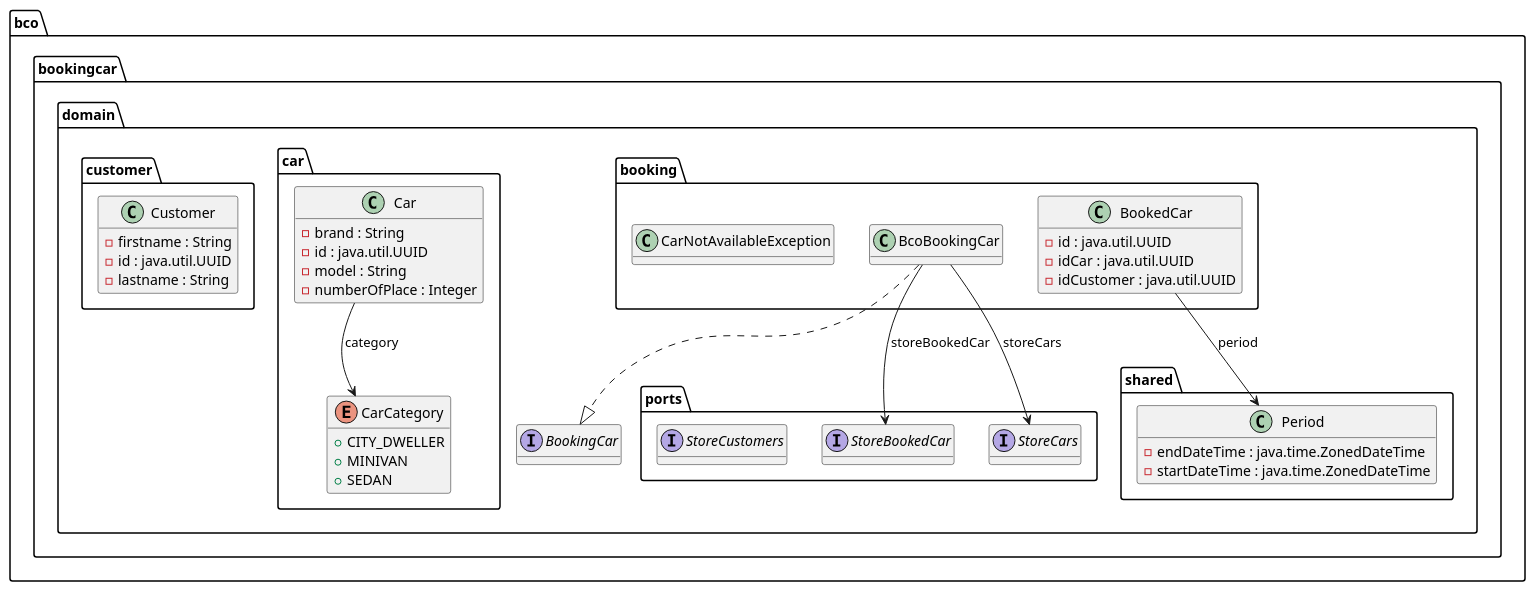
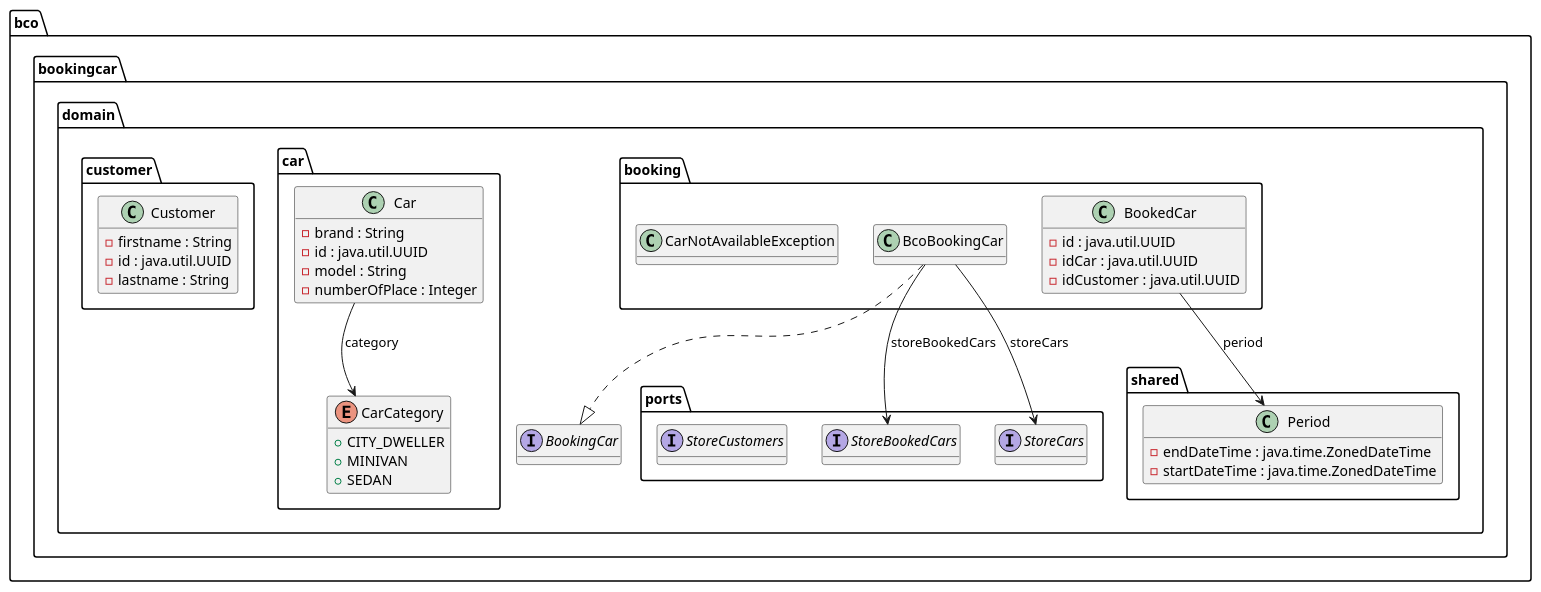
One commit to benjamins44/bookingcar changed the diagram in bookingcar-domain/docs/domain.puml. Above: the diagram before and after it, drawn with PlantUML. The commit also changed 30 other files, not shown here.

```diff
--- a/bookingcar-domain/docs/domain.puml
+++ b/bookingcar-domain/docs/domain.puml
@@ -1,121 +1,121 @@
 @startuml
 
 interface bco.bookingcar.domain.BookingCar {
 	{method}  {abstract} +book ( paramCar1 : bco.bookingcar.domain.car.Car , paramPeriod2 : bco.bookingcar.domain.shared.Period , paramCustomer3 : bco.bookingcar.domain.customer.Customer ) : bco.bookingcar.domain.booking.BookedCar
 	{method}  {abstract} +carIsBookedOn ( paramCar1 : bco.bookingcar.domain.car.Car , paramPeriod2 : bco.bookingcar.domain.shared.Period ) : Boolean
 }
 
 
 class bco.bookingcar.domain.booking.BcoBookingCar {
 	{method} +book ( paramCar1 : bco.bookingcar.domain.car.Car , paramPeriod2 : bco.bookingcar.domain.shared.Period , paramCustomer3 : bco.bookingcar.domain.customer.Customer ) : bco.bookingcar.domain.booking.BookedCar
 	{method} +carIsBookedOn ( paramCar1 : bco.bookingcar.domain.car.Car , paramPeriod2 : bco.bookingcar.domain.shared.Period ) : Boolean
 }
 
 
 class bco.bookingcar.domain.booking.BookedCar {
 	{field} -id : java.util.UUID
 	{field} -idCar : java.util.UUID
 	{field} -idCustomer : java.util.UUID
 	{method}  {static} +builder () : bco.bookingcar.domain.booking.BookedCar$BookedCarBuilder
 	{method} #canEqual ( paramObject1 : Object ) : boolean
 	{method} +equals ( paramObject1 : Object ) : boolean
 	{method} +hashCode () : int
 	{method} +toString () : String
 	{method} +withId ( paramUUID1 : java.util.UUID ) : bco.bookingcar.domain.booking.BookedCar
 	{method} +withIdCar ( paramUUID1 : java.util.UUID ) : bco.bookingcar.domain.booking.BookedCar
 	{method} +withIdCustomer ( paramUUID1 : java.util.UUID ) : bco.bookingcar.domain.booking.BookedCar
 	{method} +withPeriod ( paramPeriod1 : bco.bookingcar.domain.shared.Period ) : bco.bookingcar.domain.booking.BookedCar
 }
 
 
 class bco.bookingcar.domain.booking.CarNotAvailableException {
 }
 
 
 class bco.bookingcar.domain.car.Car {
 	{field} -brand : String
 	{field} -id : java.util.UUID
 	{field} -model : String
 	{field} -numberOfPlace : Integer
 	{method}  {static} +builder () : bco.bookingcar.domain.car.Car$CarBuilder
 	{method} #canEqual ( paramObject1 : Object ) : boolean
 	{method} +equals ( paramObject1 : Object ) : boolean
 	{method} +hashCode () : int
 	{method} +toString () : String
 	{method} +withBrand ( paramString1 : String ) : bco.bookingcar.domain.car.Car
 	{method} +withCategory ( paramCarCategory1 : bco.bookingcar.domain.car.CarCategory ) : bco.bookingcar.domain.car.Car
 	{method} +withId ( paramUUID1 : java.util.UUID ) : bco.bookingcar.domain.car.Car
 	{method} +withModel ( paramString1 : String ) : bco.bookingcar.domain.car.Car
 	{method} +withNumberOfPlace ( paramInteger1 : Integer ) : bco.bookingcar.domain.car.Car
 }
 
 
 enum bco.bookingcar.domain.car.CarCategory {
 	{field} +CITY_DWELLER
 	{field} +MINIVAN
 	{field} +SEDAN
 }
 
 
 class bco.bookingcar.domain.customer.Customer {
 	{field} -firstname : String
 	{field} -id : java.util.UUID
 	{field} -lastname : String
 	{method}  {static} +builder () : bco.bookingcar.domain.customer.Customer$CustomerBuilder
 	{method} #canEqual ( paramObject1 : Object ) : boolean
 	{method} +equals ( paramObject1 : Object ) : boolean
 	{method} +hashCode () : int
 	{method} +toString () : String
 	{method} +withFirstname ( paramString1 : String ) : bco.bookingcar.domain.customer.Customer
 	{method} +withId ( paramUUID1 : java.util.UUID ) : bco.bookingcar.domain.customer.Customer
 	{method} +withLastname ( paramString1 : String ) : bco.bookingcar.domain.customer.Customer
 }
 
 
-interface bco.bookingcar.domain.ports.StoreBookedCar {
+interface bco.bookingcar.domain.ports.StoreBookedCars {
 	{method}  {abstract} +add ( paramBookedCar1 : bco.bookingcar.domain.booking.BookedCar ) : bco.bookingcar.domain.booking.BookedCar
 	{method}  {abstract} +getAll ( paramPeriod1 : bco.bookingcar.domain.shared.Period ) : java.util.List
 	{method}  {abstract} +getBookedCarByCarAndPeriod ( paramCar1 : bco.bookingcar.domain.car.Car , paramPeriod2 : bco.bookingcar.domain.shared.Period ) : java.util.List
 }
 
 
 interface bco.bookingcar.domain.ports.StoreCars {
 	{method}  {abstract} +add ( paramCar1 : bco.bookingcar.domain.car.Car ) : bco.bookingcar.domain.car.Car
 	{method}  {abstract} +addAll ( paramList1 : java.util.List ) : java.util.List
 	{method}  {abstract} +getAll () : java.util.List
 	{method}  {abstract} +getById ( paramUUID1 : java.util.UUID ) : java.util.Optional
-	{method}  {abstract} +saveAll ( paramList1 : java.util.List ) : void
+	{method}  {abstract} +saveAll ( paramList1 : java.util.List ) : java.util.List
 }
 
 
 interface bco.bookingcar.domain.ports.StoreCustomers {
 	{method}  {abstract} +add ( paramCustomer1 : bco.bookingcar.domain.customer.Customer ) : bco.bookingcar.domain.customer.Customer
 	{method}  {abstract} +getById ( paramUUID1 : java.util.UUID ) : java.util.Optional
 }
 
 
 class bco.bookingcar.domain.shared.Period {
 	{field} -endDateTime : java.time.ZonedDateTime
 	{field} -startDateTime : java.time.ZonedDateTime
 	{method}  {static} +builder () : bco.bookingcar.domain.shared.Period$PeriodBuilder
 	{method} #canEqual ( paramObject1 : Object ) : boolean
 	{method} +equals ( paramObject1 : Object ) : boolean
 	{method} +hasIntersectionWith ( paramPeriod1 : bco.bookingcar.domain.shared.Period ) : boolean
 	{method} +hashCode () : int
 	{method} +toString () : String
 	{method} +withEndDateTime ( paramZonedDateTime1 : java.time.ZonedDateTime ) : bco.bookingcar.domain.shared.Period
 	{method} +withStartDateTime ( paramZonedDateTime1 : java.time.ZonedDateTime ) : bco.bookingcar.domain.shared.Period
 }
 
 
 
 
-bco.bookingcar.domain.booking.BcoBookingCar -->  bco.bookingcar.domain.ports.StoreBookedCar : storeBookedCar
+bco.bookingcar.domain.booking.BcoBookingCar -->  bco.bookingcar.domain.ports.StoreBookedCars : storeBookedCars
 bco.bookingcar.domain.booking.BcoBookingCar -->  bco.bookingcar.domain.ports.StoreCars : storeCars
 bco.bookingcar.domain.booking.BcoBookingCar ..|>  bco.bookingcar.domain.BookingCar
 bco.bookingcar.domain.booking.BookedCar -->  bco.bookingcar.domain.shared.Period : period
 bco.bookingcar.domain.car.Car -->  bco.bookingcar.domain.car.CarCategory : category
 
 hide methods
 
 @enduml
```
